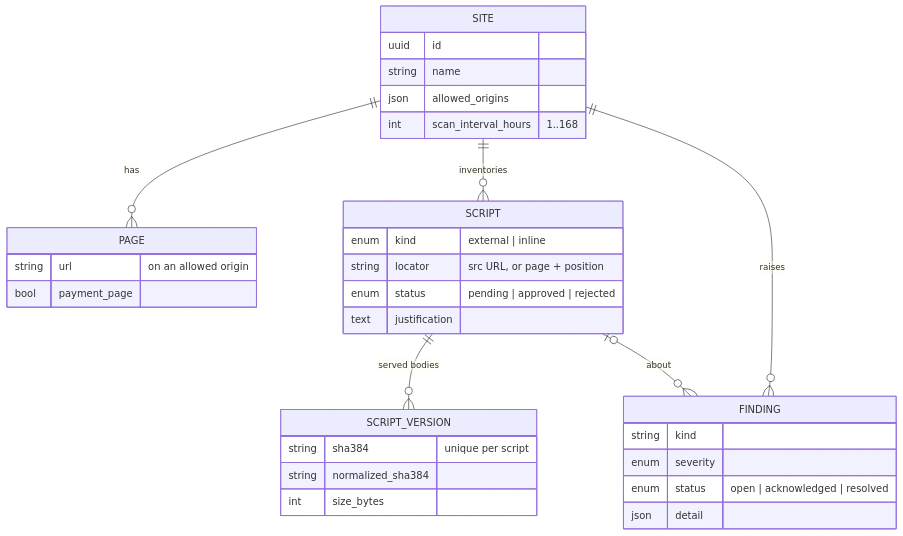
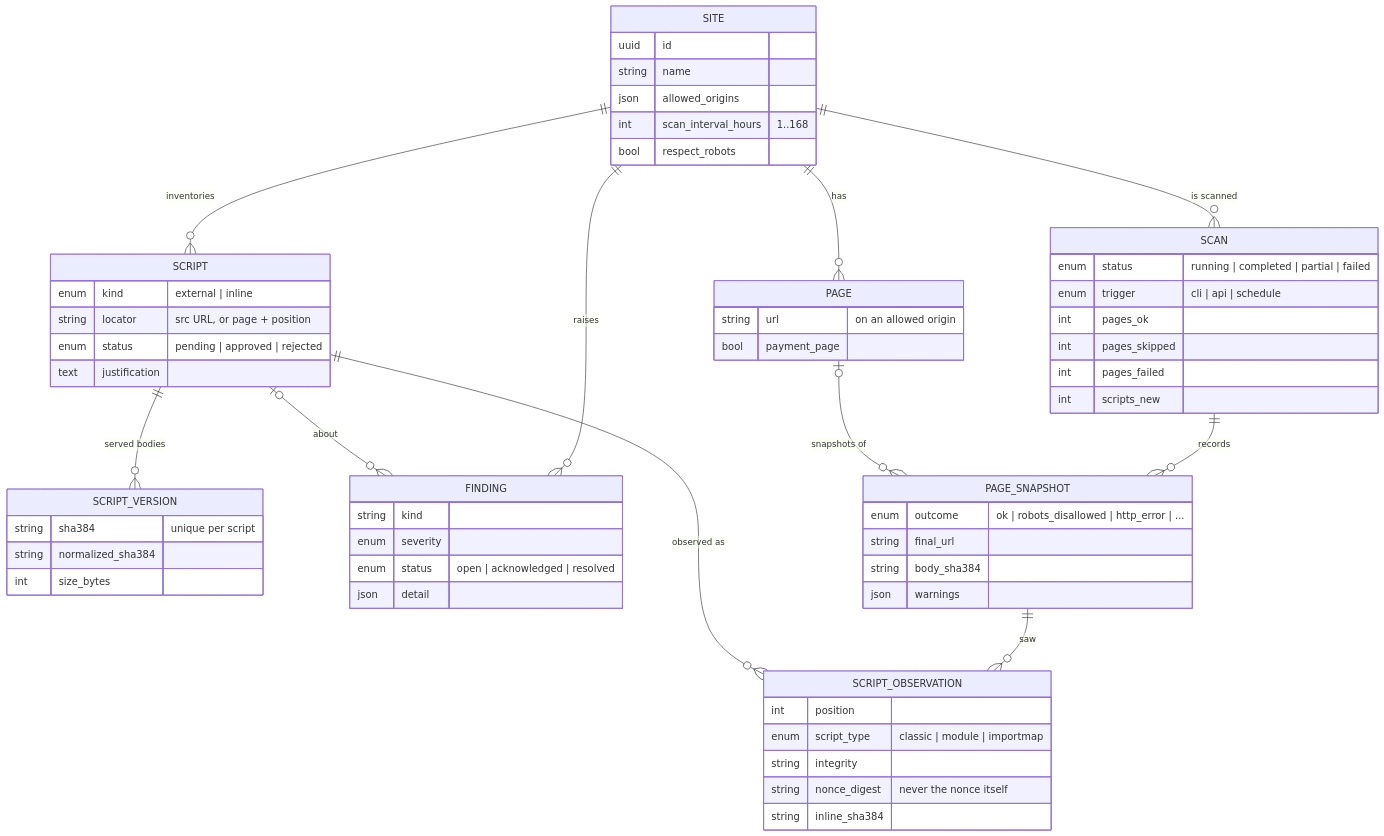
One commit to xeeshan16/script-sentinel changed the second of 2 diagrams in README.md. Above: the diagram before and after it, drawn with Mermaid. The commit also changed other lines of this file and 10 other files, not shown here.

First line of the commit message:
Add a fixture site, scan smoke test in CI, and day 2 docs

````diff
--- a/README.md
+++ b/README.md
@@ -68,35 +71,62 @@
 ```mermaid
 erDiagram
     SITE ||--o{ PAGE : has
     SITE ||--o{ SCRIPT : inventories
     SCRIPT ||--o{ SCRIPT_VERSION : "served bodies"
     SITE ||--o{ FINDING : raises
     SCRIPT |o--o{ FINDING : about
+    SITE ||--o{ SCAN : "is scanned"
+    SCAN ||--o{ PAGE_SNAPSHOT : records
+    PAGE |o--o{ PAGE_SNAPSHOT : "snapshots of"
+    PAGE_SNAPSHOT ||--o{ SCRIPT_OBSERVATION : saw
+    SCRIPT ||--o{ SCRIPT_OBSERVATION : "observed as"
     SITE {
         uuid id
         string name
         json allowed_origins
         int scan_interval_hours "1..168"
+        bool respect_robots
+    }
+    SCAN {
+        enum status "running | completed | partial | failed"
+        enum trigger "cli | api | schedule"
+        int pages_ok
+        int pages_skipped
+        int pages_failed
+        int scripts_new
+    }
+    PAGE_SNAPSHOT {
+        enum outcome "ok | robots_disallowed | http_error | ..."
+        string final_url
+        string body_sha384
+        json warnings
+    }
+    SCRIPT_OBSERVATION {
+        int position
+        enum script_type "classic | module | importmap"
+        string integrity
+        string nonce_digest "never the nonce itself"
+        string inline_sha384
     }
     PAGE {
         string url "on an allowed origin"
         bool payment_page
     }
     SCRIPT {
         enum kind "external | inline"
         string locator "src URL, or page + position"
         enum status "pending | approved | rejected"
         text justification
     }
     SCRIPT_VERSION {
         string sha384 "unique per script"
         string normalized_sha384
         int size_bytes
     }
     FINDING {
         string kind
         enum severity
         enum status "open | acknowledged | resolved"
         json detail
     }
 ```
````
